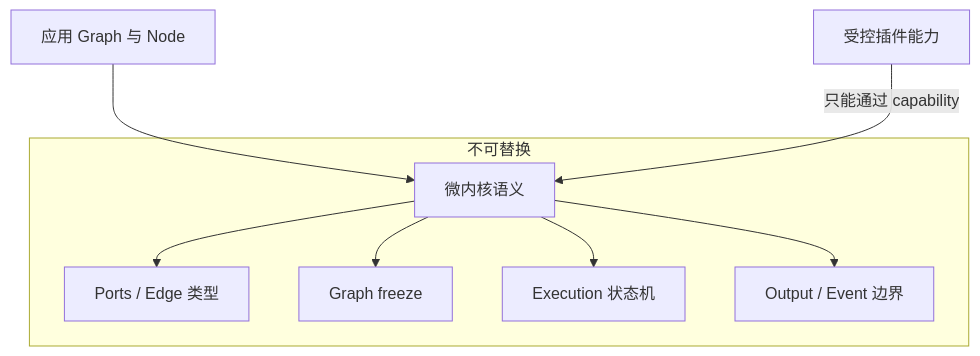
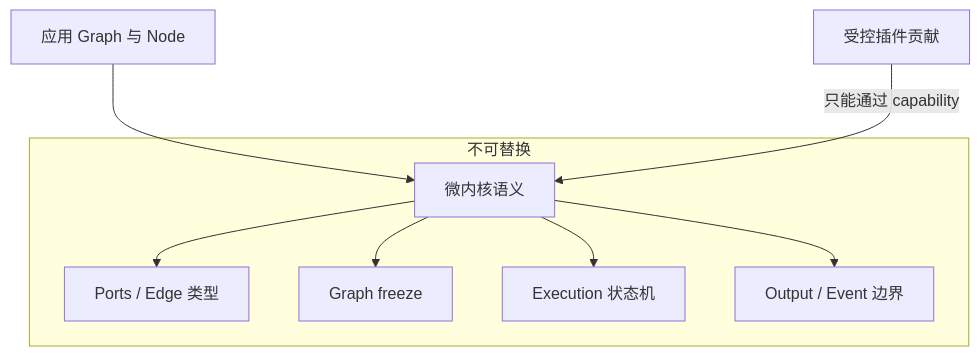
One commit to KKKKKKKEM/interlace changed the second of 2 diagrams in docs/01-design-philosophy.md. Above: the diagram before and after it, drawn with Mermaid. The commit also changed 29 other files, not shown here.

Commit message:
refactor: separate runtime architecture packages

````diff
--- a/docs/01-design-philosophy.md
+++ b/docs/01-design-philosophy.md
@@ -82,16 +82,16 @@
 ```mermaid
 flowchart TB
     App[应用 Graph 与 Node]
-    Extensions[受控插件能力]
+    Contributions[受控插件贡献]
     Kernel[微内核语义]
 
     App --> Kernel
-    Extensions -->|只能通过 capability| Kernel
+    Contributions -->|只能通过 capability| Kernel
 
     subgraph Fixed[不可替换]
         Kernel --> Types[Ports / Edge 类型]
         Kernel --> Freeze[Graph freeze]
         Kernel --> Exec[Execution 状态机]
         Kernel --> Boundary[Output / Event 边界]
     end
 ```
````
